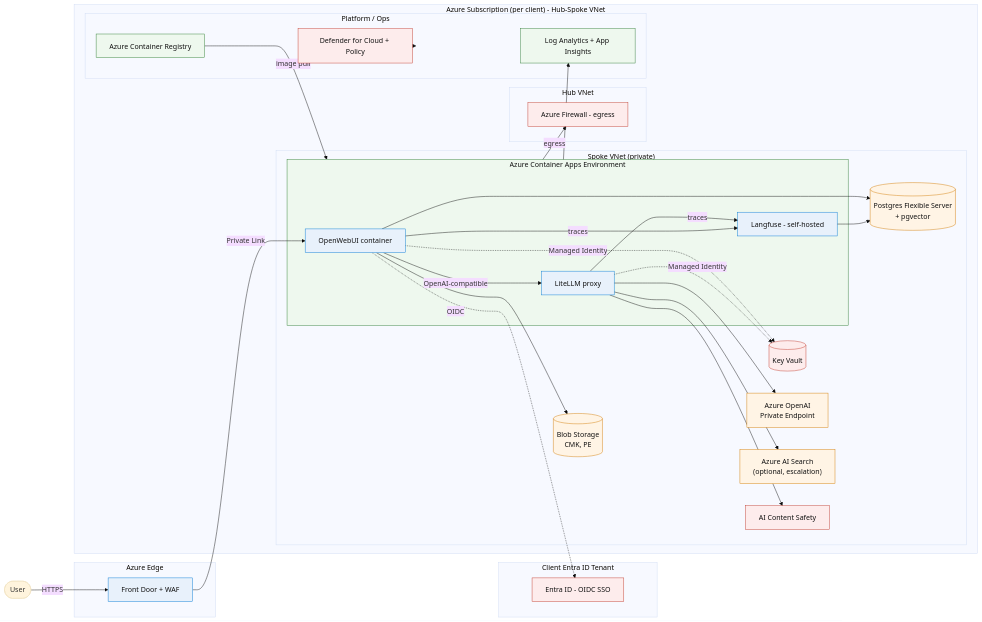
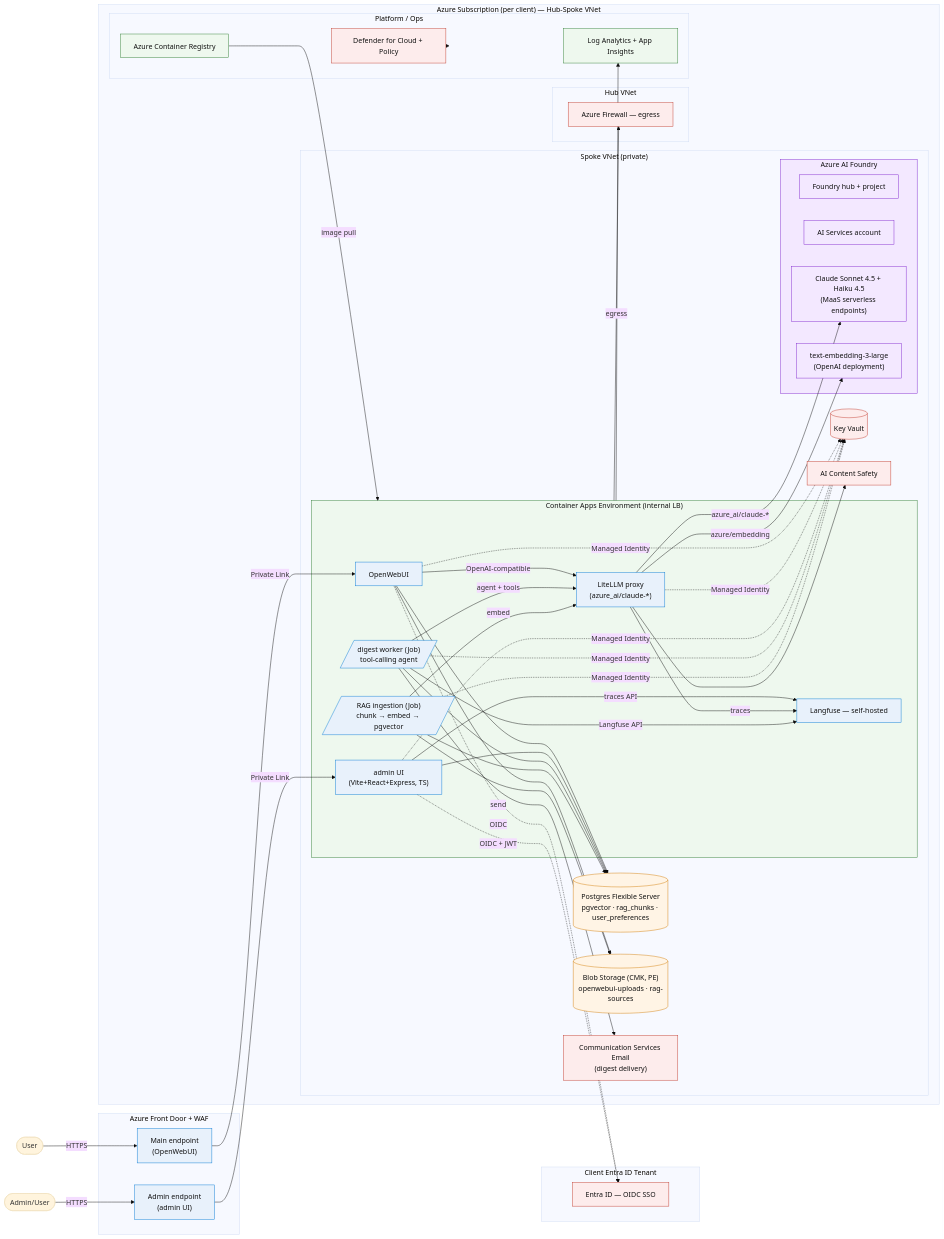
The diagram in architecture.mmd (gergelyvagujhelyi/PrivateGpt), drawn with Mermaid (base theme) before and after one commit. The commit also changed 9 other files, not shown here.

```diff
--- a/architecture.mmd
+++ b/architecture.mmd
@@ -1,69 +1,103 @@
 flowchart LR
     User([User])
+    Admin([Admin/User])
 
-    subgraph Edge["Azure Edge"]
-        FD["Front Door + WAF"]
+    subgraph Edge["Azure Front Door + WAF"]
+        FD["Main endpoint<br/>(OpenWebUI)"]
+        FDA["Admin endpoint<br/>(admin UI)"]
     end
 
     subgraph Tenant["Client Entra ID Tenant"]
-        AAD["Entra ID - OIDC SSO"]
+        AAD["Entra ID — OIDC SSO"]
     end
 
-    subgraph Azure["Azure Subscription (per client) - Hub-Spoke VNet"]
+    subgraph Azure["Azure Subscription (per client) — Hub-Spoke VNet"]
 
         subgraph Spoke["Spoke VNet (private)"]
-            subgraph ACA["Azure Container Apps Environment"]
-                OWUI["OpenWebUI container"]
-                LITELLM["LiteLLM proxy"]
-                LF["Langfuse - self-hosted"]
+
+            subgraph ACA["Container Apps Environment (internal LB)"]
+                OWUI["OpenWebUI"]
+                LITELLM["LiteLLM proxy<br/>(azure_ai/claude-*)"]
+                LF["Langfuse — self-hosted"]
+                ADMIN["admin UI<br/>(Vite+React+Express, TS)"]
+                DIGEST[/"digest worker (Job)<br/>tool-calling agent"/]
+                RAG[/"RAG ingestion (Job)<br/>chunk → embed → pgvector"/]
             end
 
-            PG[("Postgres Flexible Server<br/>+ pgvector")]
-            BLOB[("Blob Storage<br/>CMK, PE")]
+            PG[("Postgres Flexible Server<br/>pgvector · rag_chunks · user_preferences")]
+            BLOB[("Blob Storage (CMK, PE)<br/>openwebui-uploads · rag-sources")]
             KV[("Key Vault")]
-            AOAI["Azure OpenAI<br/>Private Endpoint"]
-            AIS["Azure AI Search<br/>(optional, escalation)"]
+
+            subgraph Foundry["Azure AI Foundry"]
+                AIHUB["Foundry hub + project"]
+                AIS["AI Services account"]
+                CLAUDE["Claude Sonnet 4.5 + Haiku 4.5<br/>(MaaS serverless endpoints)"]
+                EMBED["text-embedding-3-large<br/>(OpenAI deployment)"]
+            end
+
+            ACS["Communication Services Email<br/>(digest delivery)"]
             CS["AI Content Safety"]
         end
 
         subgraph Hub["Hub VNet"]
-            FW["Azure Firewall - egress"]
+            FW["Azure Firewall — egress"]
         end
 
         subgraph Ops["Platform / Ops"]
             LAW["Log Analytics + App Insights"]
             ACR["Azure Container Registry"]
             DEF["Defender for Cloud + Policy"]
         end
     end
 
     User -->|HTTPS| FD
+    Admin -->|HTTPS| FDA
     FD -->|Private Link| OWUI
+    FDA -->|Private Link| ADMIN
+
     OWUI -. OIDC .-> AAD
+    ADMIN -. OIDC + JWT .-> AAD
+
     OWUI --> PG
     OWUI --> BLOB
     OWUI -->|OpenAI-compatible| LITELLM
-    LITELLM --> AOAI
-    LITELLM --> AIS
+
+    ADMIN --> PG
+    ADMIN -->|traces API| LF
+
+    LITELLM -->|azure_ai/claude-*| CLAUDE
+    LITELLM -->|azure/embedding| EMBED
     LITELLM --> CS
     LITELLM -->|traces| LF
-    OWUI -->|traces| LF
-    LF --> PG
+
+    DIGEST --> PG
+    DIGEST -->|agent + tools| LITELLM
+    DIGEST -->|Langfuse API| LF
+    DIGEST -->|send| ACS
+
+    RAG --> BLOB
+    RAG --> PG
+    RAG -->|embed| LITELLM
 
     OWUI -. Managed Identity .-> KV
     LITELLM -. Managed Identity .-> KV
+    ADMIN -. Managed Identity .-> KV
+    DIGEST -. Managed Identity .-> KV
+    RAG   -. Managed Identity .-> KV
 
     ACA -->|egress| FW
     ACA --> LAW
     ACR -->|image pull| ACA
     DEF -.-> Azure
 
     classDef svc fill:#E8F1FB,stroke:#0078D4,color:#111
     classDef data fill:#FFF4E5,stroke:#D17B00,color:#111
     classDef sec fill:#FDECEC,stroke:#C0392B,color:#111
     classDef ops fill:#EEF8EE,stroke:#2E7D32,color:#111
+    classDef ai fill:#F3E8FF,stroke:#7E22CE,color:#111
 
-    class OWUI,LITELLM,LF,FD svc
-    class PG,BLOB,AOAI,AIS data
-    class KV,AAD,CS,FW,DEF sec
+    class OWUI,LITELLM,LF,ADMIN,DIGEST,RAG,FD,FDA svc
+    class PG,BLOB data
+    class KV,AAD,CS,FW,DEF,ACS sec
     class LAW,ACR,ACA ops
+    class AIHUB,AIS,CLAUDE,EMBED,Foundry ai
```
